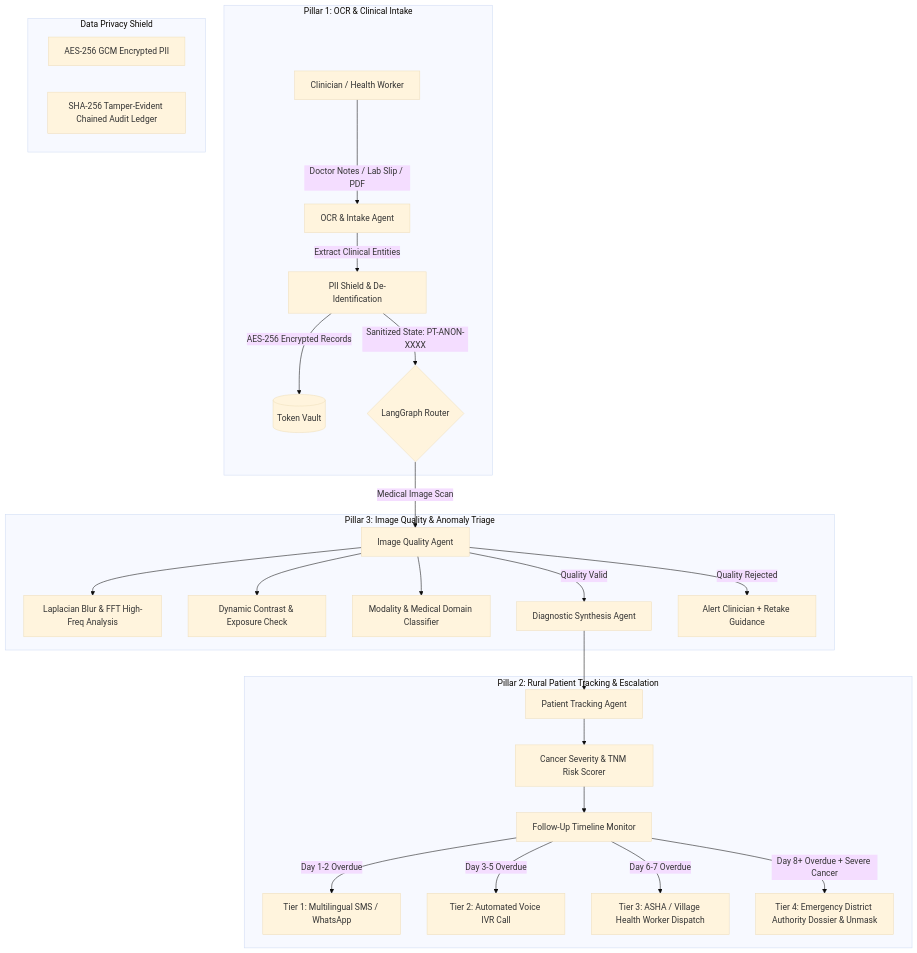
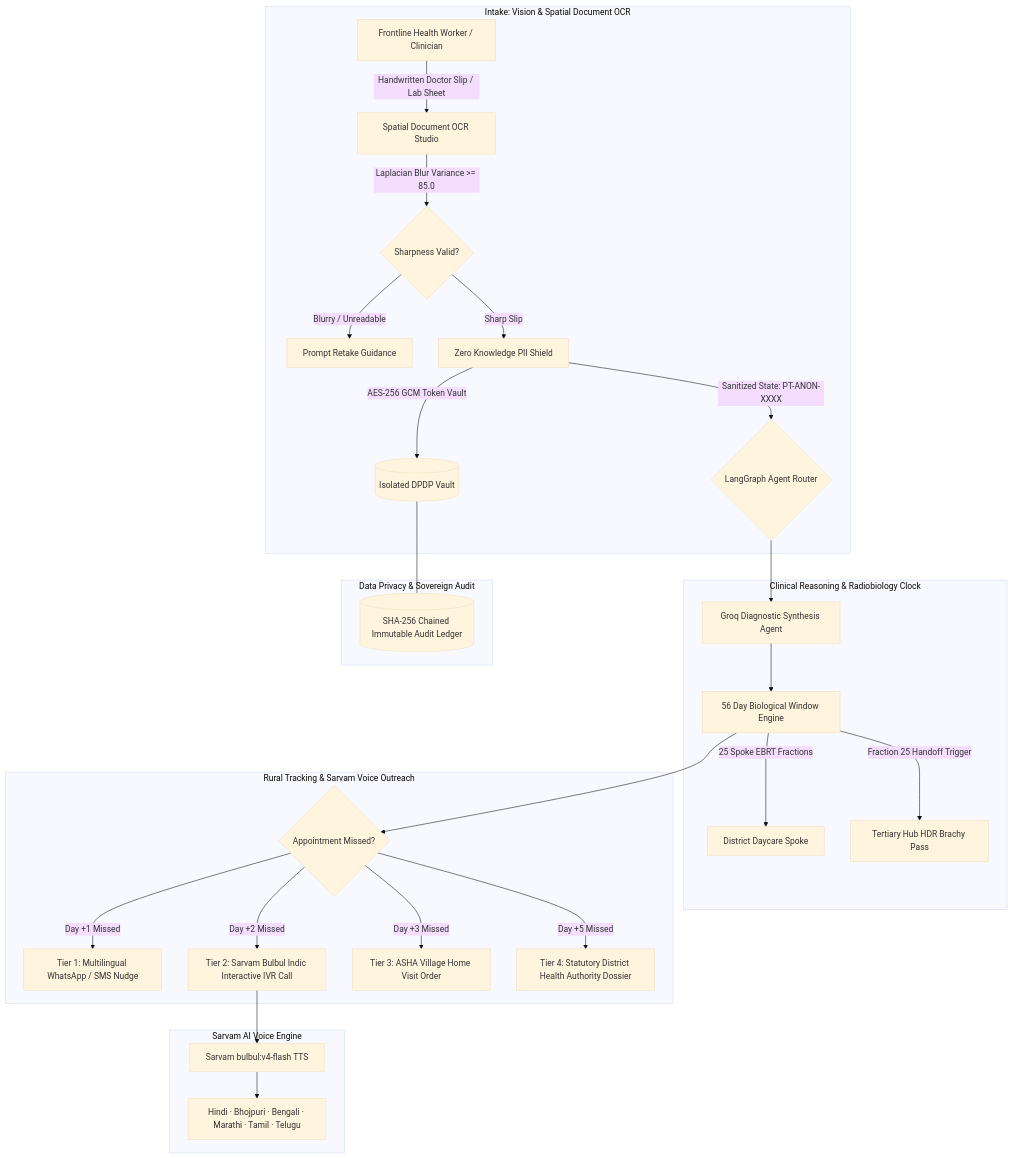
One commit to ihatecoding01/CerviSetu changed the diagram in README.md. Above: the diagram before and after it, drawn with Mermaid (base theme). The commit also changed other lines of this file, not shown here.

Commit message:
docs: update README with Sarvam AI voice engine, spatial OCR studio, and 56-day radiobiology clock architecture

````diff
--- a/README.md
+++ b/README.md
@@ -14,33 +16,35 @@
 ```mermaid
 flowchart TD
-    subgraph Intake ["Pillar 1: OCR & Clinical Intake"]
-        A[Clinician / Health Worker] -->|Doctor Notes / Lab Slip / PDF| OCR[OCR & Intake Agent]
-        OCR -->|Extract Clinical Entities| PII[PII Shield & De-Identification]
-        PII -->|AES-256 Encrypted Records| Vault[(Token Vault)]
-        PII -->|Sanitized State: PT-ANON-XXXX| Supervisor{LangGraph Router}
+    subgraph Intake ["Intake: Vision & Spatial Document OCR"]
+        A[Frontline Health Worker / Clinician] -->|Handwritten Doctor Slip / Lab Sheet| OCR[Spatial Document OCR Studio]
+        OCR -->|Laplacian Blur Variance >= 85.0| SharpnessGate{Sharpness Valid?}
+        SharpnessGate -->|Blurry / Unreadable| RetakeGuidance[Prompt Retake Guidance]
+        SharpnessGate -->|Sharp Slip| PIIShield[Zero Knowledge PII Shield]
+        PIIShield -->|AES-256 GCM Token Vault| Vault[(Isolated DPDP Vault)]
+        PIIShield -->|Sanitized State: PT-ANON-XXXX| Router{LangGraph Agent Router}
     end
 
-    subgraph QualityCheck ["Pillar 3: Image Quality & Anomaly Triage"]
-        Supervisor -->|Medical Image Scan| IQ[Image Quality Agent]
-        IQ --> B1[Laplacian Blur & FFT High-Freq Analysis]
-        IQ --> B2[Dynamic Contrast & Exposure Check]
-        IQ --> B3[Modality & Medical Domain Classifier]
-        IQ -->|Quality Valid| Diag[Diagnostic Synthesis Agent]
-        IQ -->|Quality Rejected| AlertDoc[Alert Clinician + Retake Guidance]
+    subgraph Reasoning ["Clinical Reasoning & Radiobiology Clock"]
+        Router --> DiagAgent[Groq Diagnostic Synthesis Agent]
+        DiagAgent --> ClockAgent[56 Day Biological Window Engine]
+        ClockAgent -->|25 Spoke EBRT Fractions| SpokeTracker[District Daycare Spoke]
+        ClockAgent -->|Fraction 25 Handoff Trigger| HubPass[Tertiary Hub HDR Brachy Pass]
     end
 
-    subgraph Tracking ["Pillar 2: Rural Patient Tracking & Escalation"]
-        Diag --> Tracker[Patient Tracking Agent]
-        Tracker --> Risk[Cancer Severity & TNM Risk Scorer]
-        Risk --> Schedule[Follow-Up Timeline Monitor]
-        Schedule -->|Day 1-2 Overdue| T1[Tier 1: Multilingual SMS / WhatsApp]
-        Schedule -->|Day 3-5 Overdue| T2[Tier 2: Automated Voice IVR Call]
-        Schedule -->|Day 6-7 Overdue| T3[Tier 3: ASHA / Village Health Worker Dispatch]
-        Schedule -->|Day 8+ Overdue + Severe Cancer| T4[Tier 4: Emergency District Authority Dossier & Unmask]
+    subgraph Escalation ["Rural Tracking & Sarvam Voice Outreach"]
+        ClockAgent --> MissedCheck{Appointment Missed?}
+        MissedCheck -->|Day +1 Missed| T1[Tier 1: Multilingual WhatsApp / SMS Nudge]
+        MissedCheck -->|Day +2 Missed| T2[Tier 2: Sarvam Bulbul Indic Interactive IVR Call]
+        MissedCheck -->|Day +3 Missed| T3[Tier 3: ASHA Village Home Visit Order]
+        MissedCheck -->|Day +5 Missed| T4[Tier 4: Statutory District Health Authority Dossier]
     end
 
-    subgraph Security ["Data Privacy Shield"]
-        AES[AES-256 GCM Encrypted PII]
-        Audit[SHA-256 Tamper-Evident Chained Audit Ledger]
+    subgraph IndicVoice ["Sarvam AI Voice Engine"]
+        T2 --> Bulbul[Sarvam bulbul:v4-flash TTS]
+        Bulbul --> Dialects[Hindi · Bhojpuri · Bengali · Marathi · Tamil · Telugu]
+    end
+
+    subgraph Compliance ["Data Privacy & Sovereign Audit"]
+        Vault --- Ledger[(SHA-256 Chained Immutable Audit Ledger)]
     end
 ```
````
